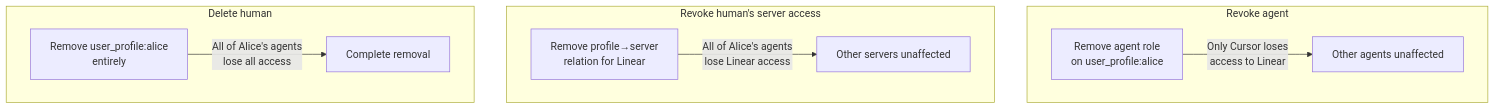
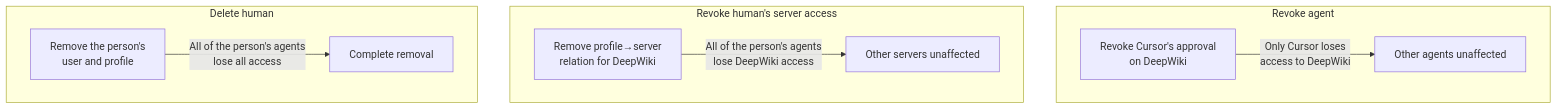
The third of 3 diagrams in docs/permit-mcp-gateway/managing-humans-and-agents.mdx (permitio/docs), drawn with Mermaid before and after one commit. The commit also changed other lines of this file and 126 other files, not shown here.

````diff
--- a/docs/permit-mcp-gateway/managing-humans-and-agents.mdx
+++ b/docs/permit-mcp-gateway/managing-humans-and-agents.mdx
@@ -196,17 +301,17 @@
 ```mermaid
 flowchart TD
     subgraph "Revoke agent"
-        RA["Remove agent role<br/>on user_profile:alice"]
-        RA -->|"Only Cursor loses<br/>access to Linear"| Effect1["Other agents unaffected"]
+        RA["Revoke Cursor's approval<br/>on DeepWiki"]
+        RA -->|"Only Cursor loses<br/>access to DeepWiki"| Effect1["Other agents unaffected"]
     end
 
     subgraph "Revoke human's server access"
-        RH["Remove profile→server<br/>relation for Linear"]
-        RH -->|"All of Alice's agents<br/>lose Linear access"| Effect2["Other servers unaffected"]
+        RH["Remove profile→server<br/>relation for DeepWiki"]
+        RH -->|"All of the person's agents<br/>lose DeepWiki access"| Effect2["Other servers unaffected"]
     end
 
     subgraph "Delete human"
-        DH["Remove user_profile:alice<br/>entirely"]
-        DH -->|"All of Alice's agents<br/>lose all access"| Effect3["Complete removal"]
+        DH["Remove the person's<br/>user and profile"]
+        DH -->|"All of the person's agents<br/>lose all access"| Effect3["Complete removal"]
     end
 ```
````
